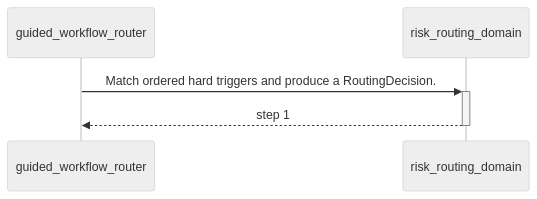
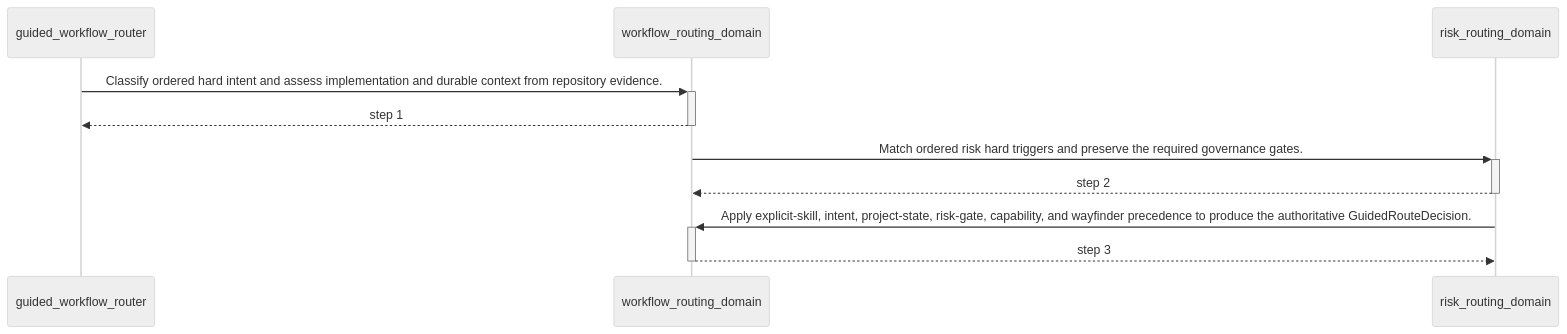
The second of 2 diagrams in plugins/governed-engineering-skills/architecture/generated/guided_workflow_router.md (ShinWeiPeng/skills), drawn with Mermaid (neutral theme) before and after one commit. The commit also changed other lines of this file and 34 other files, not shown here.

````diff
--- a/plugins/governed-engineering-skills/architecture/generated/guided_workflow_router.md
+++ b/plugins/governed-engineering-skills/architecture/generated/guided_workflow_router.md
@@ -144,7 +174,12 @@
 ```mermaid
 sequenceDiagram
     participant n_guided_workflow_router as guided_workflow_router
+    participant n_workflow_routing_domain as workflow_routing_domain
     participant n_risk_routing_domain as risk_routing_domain
-    n_guided_workflow_router->>+n_risk_routing_domain: Match ordered hard triggers and produce a RoutingDecision.
-    n_risk_routing_domain-->>-n_guided_workflow_router: step 1
+    n_guided_workflow_router->>+n_workflow_routing_domain: Classify ordered hard intent and assess implementation and durable context from repository evidence.
+    n_workflow_routing_domain-->>-n_guided_workflow_router: step 1
+    n_workflow_routing_domain->>+n_risk_routing_domain: Match ordered risk hard triggers and preserve the required governance gates.
+    n_risk_routing_domain-->>-n_workflow_routing_domain: step 2
+    n_risk_routing_domain->>+n_workflow_routing_domain: Apply explicit-skill, intent, project-state, risk-gate, capability, and wayfinder precedence to produce the authoritative GuidedRouteDecision.
+    n_workflow_routing_domain-->>-n_risk_routing_domain: step 3
 ```
````
